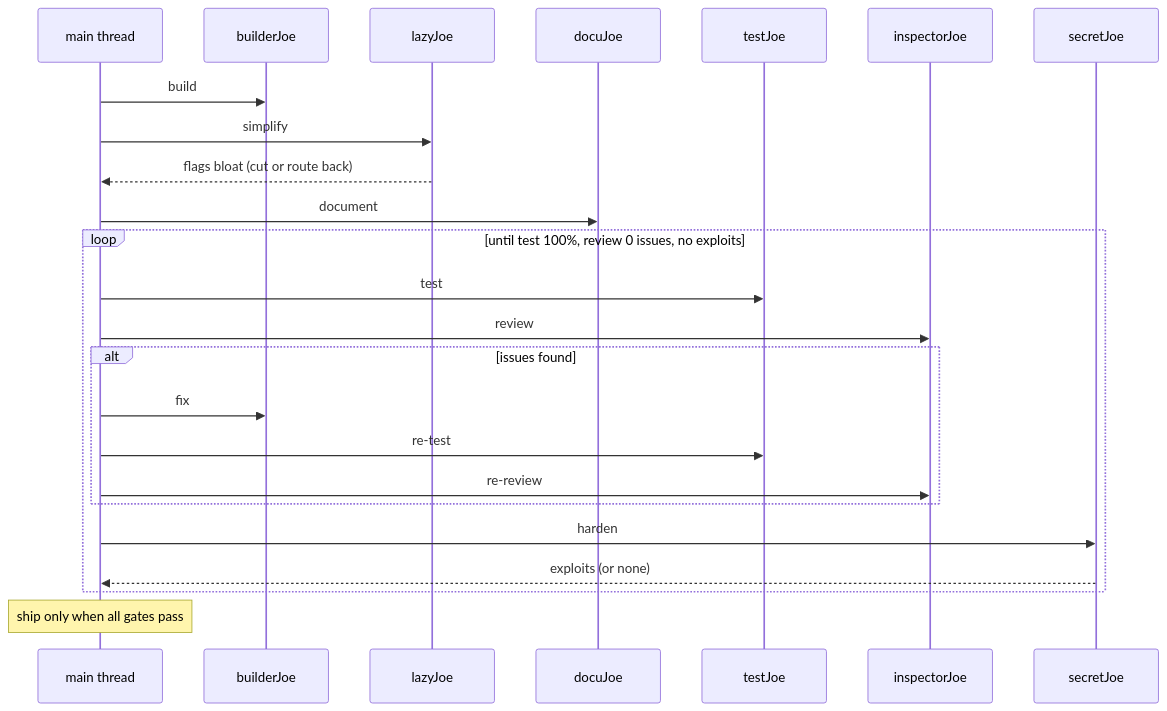
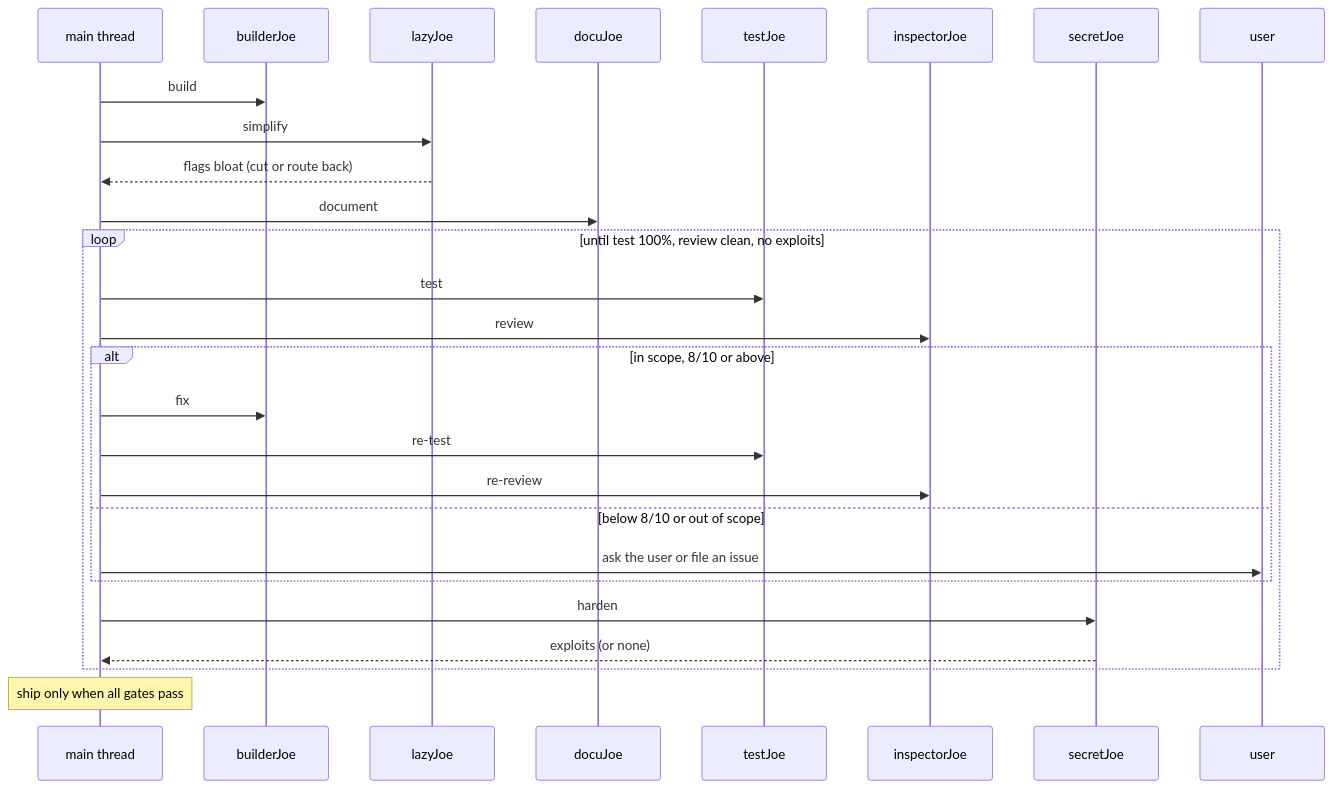
The diagram in skills/superjoe/SKILL.md (codingjoe/superjoe), drawn with Mermaid before and after one commit. The commit also changed other lines of this file and 7 other files, not shown here.

First line of the commit message:
Gate low-confidence review findings behind user approval

````diff
--- a/skills/superjoe/SKILL.md
+++ b/skills/superjoe/SKILL.md
@@ -91,27 +117,30 @@
 ```mermaid
 sequenceDiagram
     participant Main as main thread
     participant B as builderJoe
     participant L as lazyJoe
     participant D as docuJoe
     participant T as testJoe
     participant I as inspectorJoe
     participant S as secretJoe
+    participant U as user
 
     Main->>B: build
     Main->>L: simplify
     L-->>Main: flags bloat (cut or route back)
     Main->>D: document
-    loop until test 100%, review 0 issues, no exploits
+    loop until test 100%, review clean, no exploits
         Main->>T: test
         Main->>I: review
-        alt issues found
+        alt in scope, 8/10 or above
             Main->>B: fix
             Main->>T: re-test
             Main->>I: re-review
+        else below 8/10 or out of scope
+            Main->>U: ask the user or file an issue
         end
         Main->>S: harden
         S-->>Main: exploits (or none)
     end
     Note over Main: ship only when all gates pass
 ```
````
